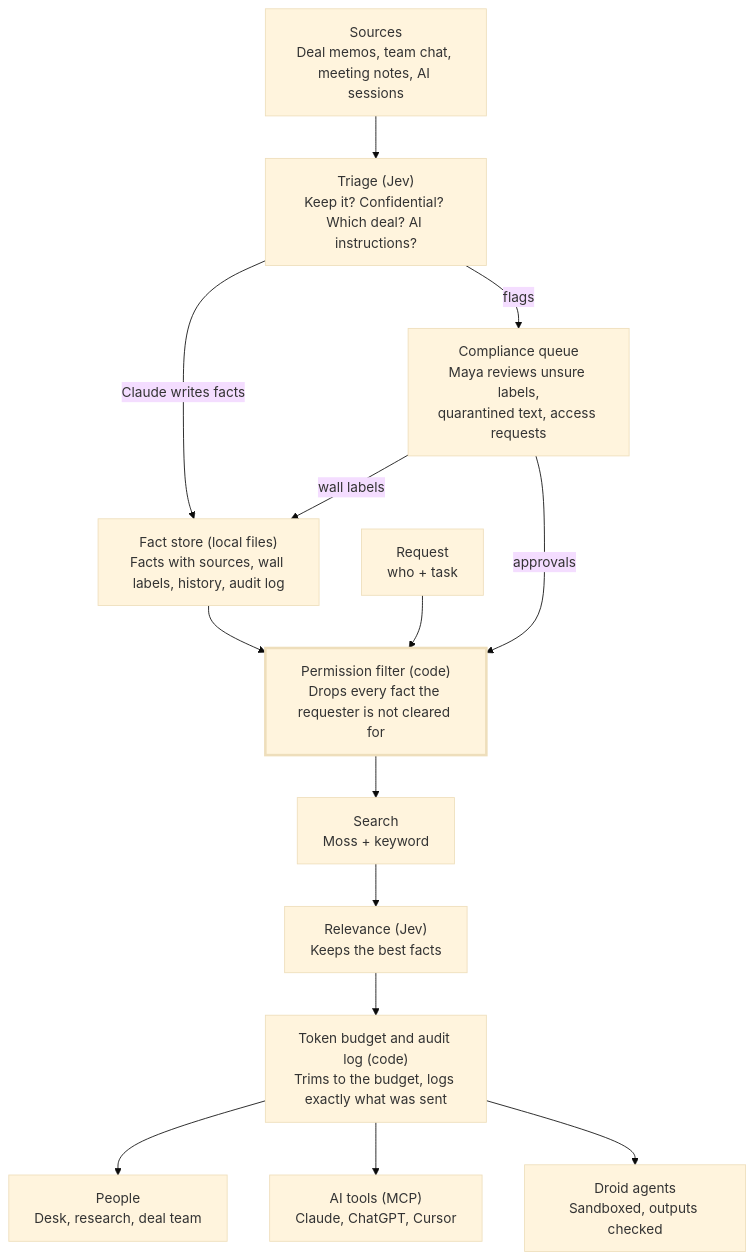
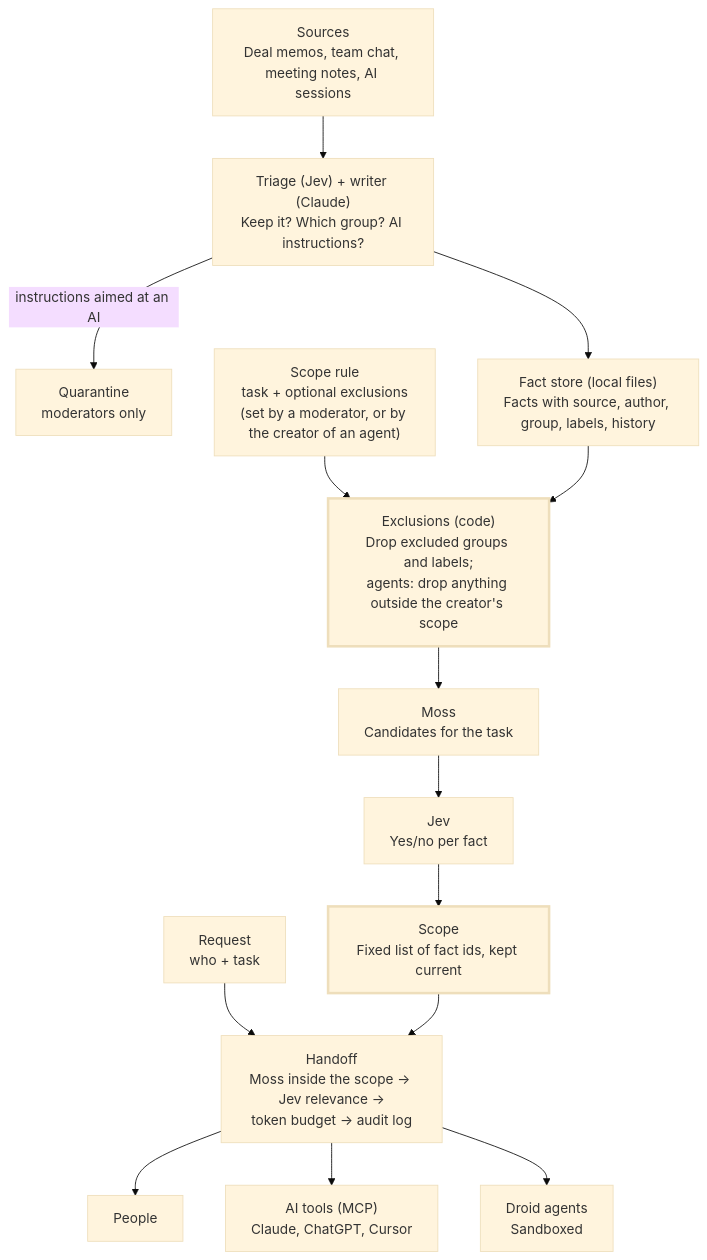
One commit to victory-c/cal-hacks-13 changed the diagram in docs/PRD.md. Above: the diagram before and after it, drawn with Mermaid (base theme). The commit also changed other lines of this file and 4 other files, not shown here.

````diff
--- a/docs/PRD.md
+++ b/docs/PRD.md
@@ -111,17 +114,18 @@
 ```mermaid
 flowchart TD
-    SRC["Sources<br/>Deal memos, team chat, meeting notes, AI sessions"] --> TRI["Triage (Jev)<br/>Keep it? Confidential? Which deal? AI instructions?"]
-    TRI -- flags --> CQ["Compliance queue<br/>Maya reviews unsure labels,<br/>quarantined text, access requests"]
-    TRI -- Claude writes facts --> STORE["Fact store (local files)<br/>Facts with sources, wall labels, history, audit log"]
-    CQ -- wall labels --> STORE
-    STORE --> PERM["Permission filter (code)<br/>Drops every fact the requester is not cleared for"]
-    REQ["Request<br/>who + task"] --> PERM
-    CQ -- approvals --> PERM
-    PERM --> SEARCH["Search<br/>Moss + keyword"]
-    SEARCH --> REL["Relevance (Jev)<br/>Keeps the best facts"]
-    REL --> BUD["Token budget and audit log (code)<br/>Trims to the budget, logs exactly what was sent"]
-    BUD --> PPL["People<br/>Desk, research, deal team"]
-    BUD --> MCP["AI tools (MCP)<br/>Claude, ChatGPT, Cursor"]
-    BUD --> DROID["Droid agents<br/>Sandboxed, outputs checked"]
-    style PERM stroke-width:3px
+    SRC["Sources<br/>Deal memos, team chat, meeting notes, AI sessions"] --> TRI["Triage (Jev) + writer (Claude)<br/>Keep it? Which group? AI instructions?"]
+    TRI -- instructions aimed at an AI --> Q["Quarantine<br/>moderators only"]
+    TRI --> STORE["Fact store (local files)<br/>Facts with source, author, group, labels, history"]
+    RULE["Scope rule<br/>task + optional exclusions<br/>(set by a moderator, or by the creator of an agent)"] --> EXC
+    STORE --> EXC["Exclusions (code)<br/>Drop excluded groups and labels;<br/>agents: drop anything outside the creator's scope"]
+    EXC --> MOSS["Moss<br/>Candidates for the task"]
+    MOSS --> JEV["Jev<br/>Yes/no per fact"]
+    JEV --> SCOPE["Scope<br/>Fixed list of fact ids, kept current"]
+    REQ["Request<br/>who + task"] --> HAND
+    SCOPE --> HAND["Handoff<br/>Moss inside the scope → Jev relevance →<br/>token budget → audit log"]
+    HAND --> PPL["People"]
+    HAND --> MCP["AI tools (MCP)<br/>Claude, ChatGPT, Cursor"]
+    HAND --> DROID["Droid agents<br/>Sandboxed"]
+    style EXC stroke-width:3px
+    style SCOPE stroke-width:3px
 ```
````
